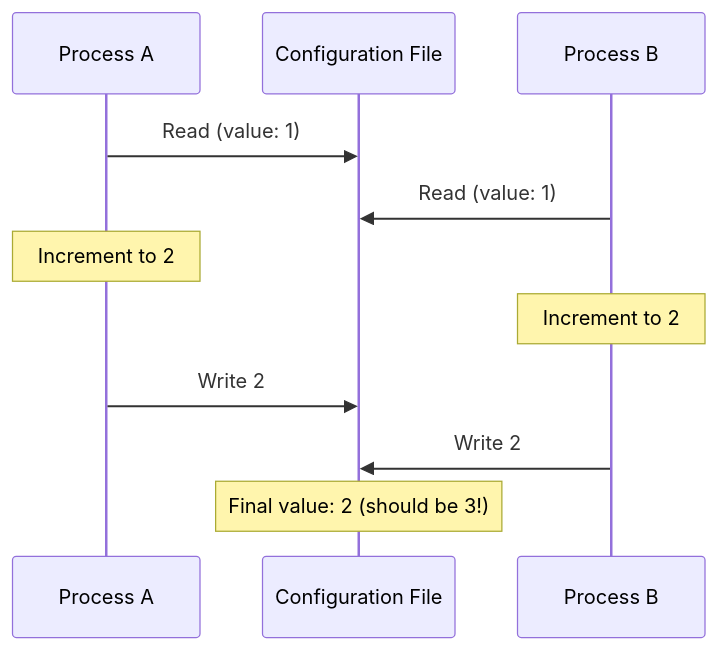
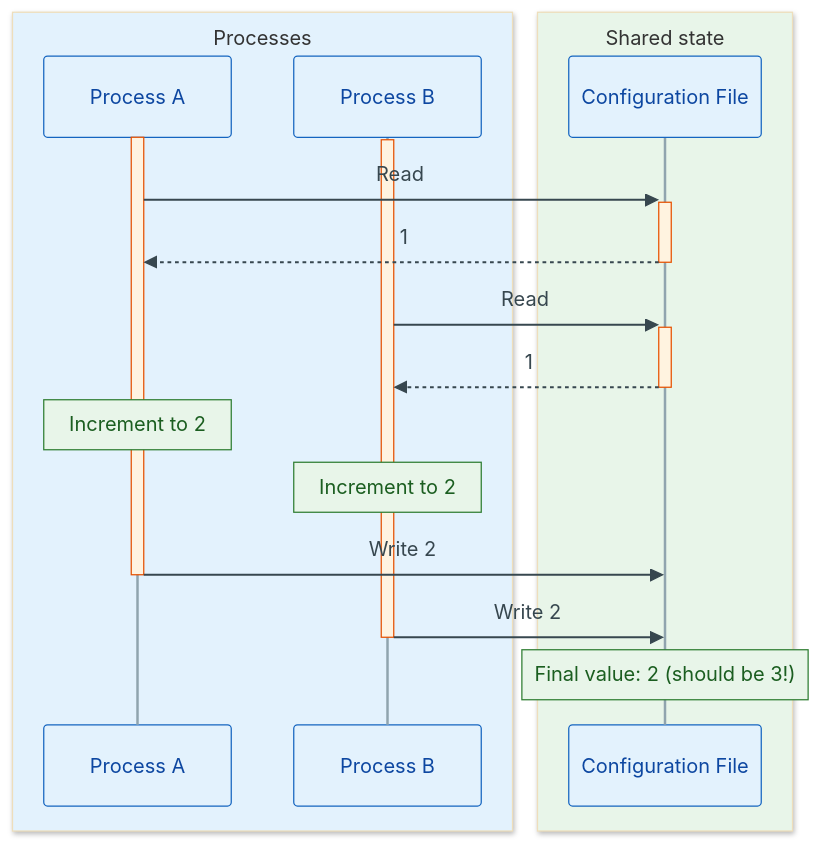
The first of 4 diagrams in docs/concepts.rst (tox-dev/filelock), drawn with Mermaid before and after one commit. The commit also changed other lines of this file and 13 other files, not shown here.

```diff
--- a/docs/concepts.rst
+++ b/docs/concepts.rst
@@ -17,13 +17,24 @@
 .. mermaid::
 
+    %%{init: {'theme':'base','themeVariables':{'actorBkg':'#e3f2fd','actorBorder':'#1565c0','actorTextColor':'#0d47a1','actorLineColor':'#90a4ae','activationBkgColor':'#fff3e0','activationBorderColor':'#e65100','noteBkgColor':'#e8f5e9','noteBorderColor':'#2e7d32','noteTextColor':'#1b5e20','signalColor':'#37474f','signalTextColor':'#37474f','labelBoxBkgColor':'#ede7f6','labelBoxBorderColor':'#4527a0','labelTextColor':'#311b92','loopTextColor':'#311b92'}}}%%
     sequenceDiagram
-        participant A as Process A
-        participant File as Configuration File
-        participant B as Process B
-        A->>File: Read (value: 1)
-        B->>File: Read (value: 1)
+        box rgb(227, 242, 253) Processes
+            participant A as Process A
+            participant B as Process B
+        end
+        box rgb(232, 245, 233) Shared state
+            participant File as Configuration File
+        end
+        activate A
+        activate B
+        A->>+File: Read
+        File-->>-A: 1
+        B->>+File: Read
+        File-->>-B: 1
         Note over A: Increment to 2
         Note over B: Increment to 2
         A->>File: Write 2
+        deactivate A
         B->>File: Write 2
+        deactivate B
         Note over File: Final value: 2 (should be 3!)
```
